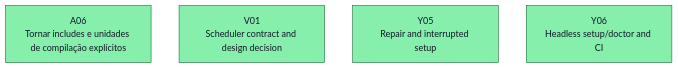
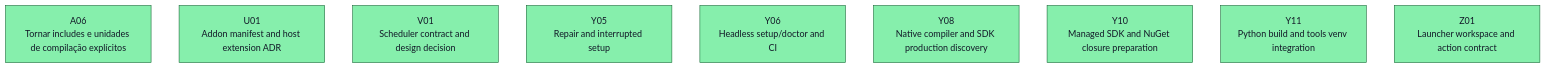
The first of 27 diagrams in docs/task-dependencies.md (ocarizr/spaceraiders), drawn with Mermaid before and after one commit. The commit also changed other lines of this file and 7 other files, not shown here.

````diff
--- a/docs/task-dependencies.md
+++ b/docs/task-dependencies.md
@@ -23,10 +24,15 @@
 ```mermaid
 flowchart TD
     ready_A06["A06<br/>Tornar includes e unidades de compilação explícitos"]:::ready
+    ready_U01["U01<br/>Addon manifest and host extension ADR"]:::ready
     ready_V01["V01<br/>Scheduler contract and design decision"]:::ready
     ready_Y05["Y05<br/>Repair and interrupted setup"]:::ready
     ready_Y06["Y06<br/>Headless setup/doctor and CI"]:::ready
+    ready_Y08["Y08<br/>Native compiler and SDK production discovery"]:::ready
+    ready_Y10["Y10<br/>Managed SDK and NuGet closure preparation"]:::ready
+    ready_Y11["Y11<br/>Python build and tools venv integration"]:::ready
+    ready_Z01["Z01<br/>Launcher workspace and action contract"]:::ready
     classDef pending fill:#ffffff,stroke:#6b7280,color:#111827
     classDef ready fill:#86efac,stroke:#166534,color:#111827
     classDef done fill:#f87171,stroke:#991b1b,color:#111827
 ```
````
